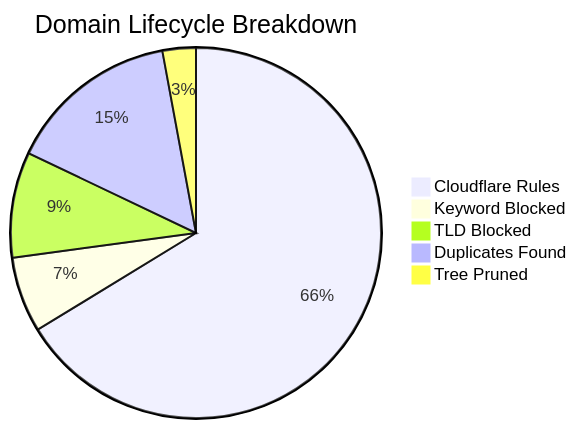
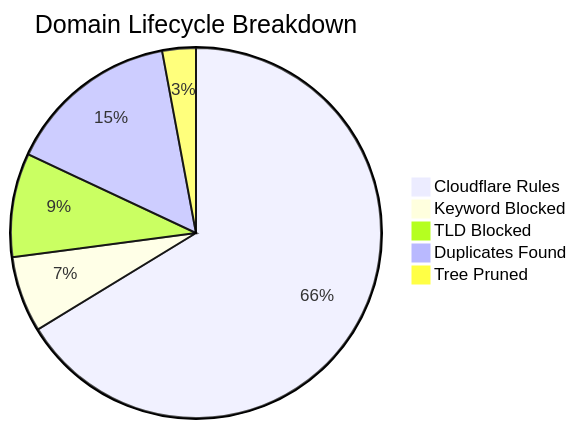
The diagram in README_STATS.md (brojangles24/Cloudflare-ZeroTrust-AdBlock), drawn with Mermaid before and after one commit. The commit also changed other lines of this file and 1 other file, not shown here.

````diff
--- a/README_STATS.md
+++ b/README_STATS.md
@@ -5,8 +5,8 @@
 ```mermaid
 pie title Domain Lifecycle Breakdown
-    "Cloudflare Rules" : 279943
-    "Keyword Blocked" : 27830
-    "TLD Blocked" : 38930
-    "Duplicates Found" : 63420
-    "Tree Pruned" : 12291
+    "Cloudflare Rules" : 277846
+    "Keyword Blocked" : 27828
+    "TLD Blocked" : 38005
+    "Duplicates Found" : 63243
+    "Tree Pruned" : 12290
 ```
````
